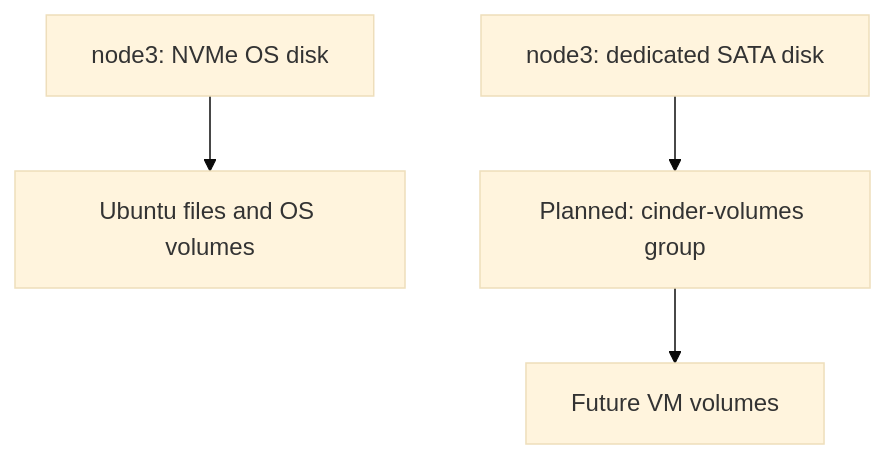
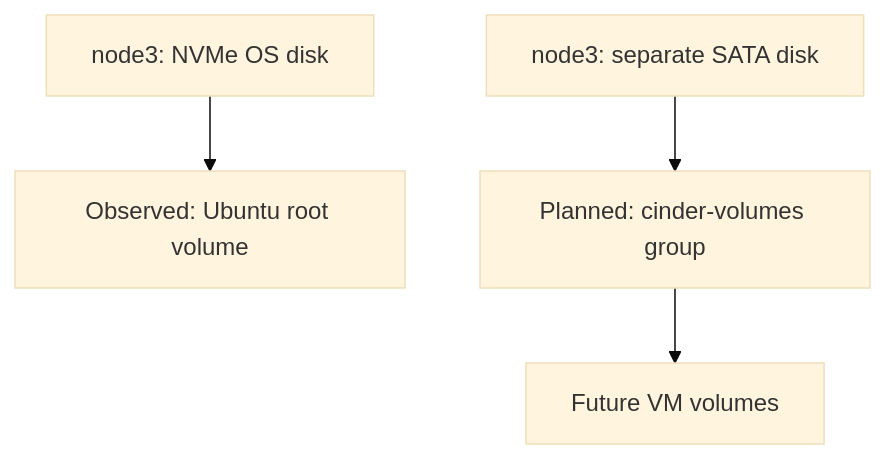
Before and after one commit to DinosaurKeys/openstack-from-zero: the diagram in docs/phase-01/04-nics-and-storage.md, drawn with Mermaid (base theme). The commit also changed other lines of this file and 8 other files, not shown here.

````diff
--- a/docs/phase-01/04-nics-and-storage.md
+++ b/docs/phase-01/04-nics-and-storage.md
@@ -26,6 +44,6 @@
 ```mermaid
 flowchart TD
-    NV["node3: NVMe OS disk"] --> OS["Ubuntu files and OS volumes"]
-    SATA["node3: dedicated SATA disk"] --> VG["Planned: cinder-volumes group"]
+    NV["node3: NVMe OS disk"] --> OS["Observed: Ubuntu root volume"]
+    SATA["node3: separate SATA disk"] --> VG["Planned: cinder-volumes group"]
     VG --> VOL["Future VM volumes"]
 ```
````
